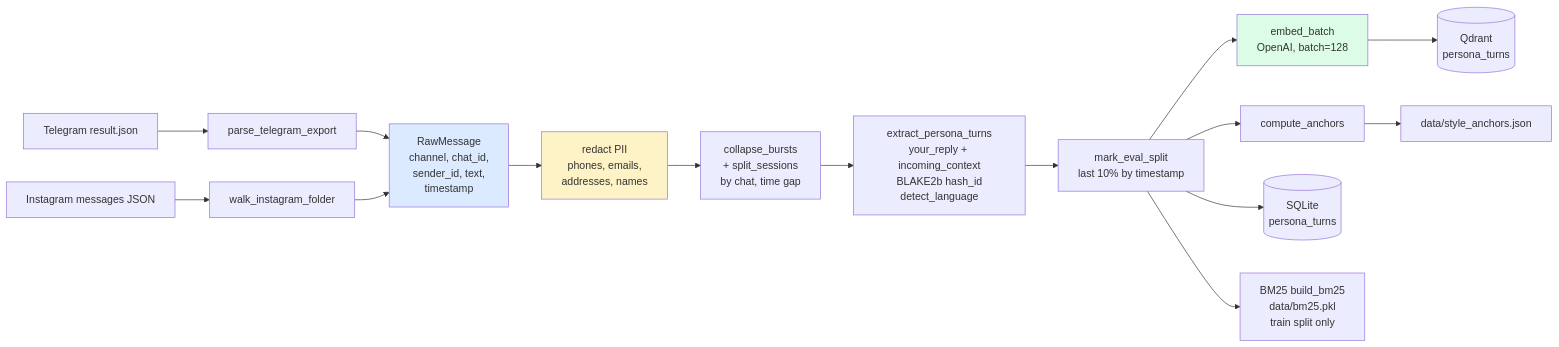
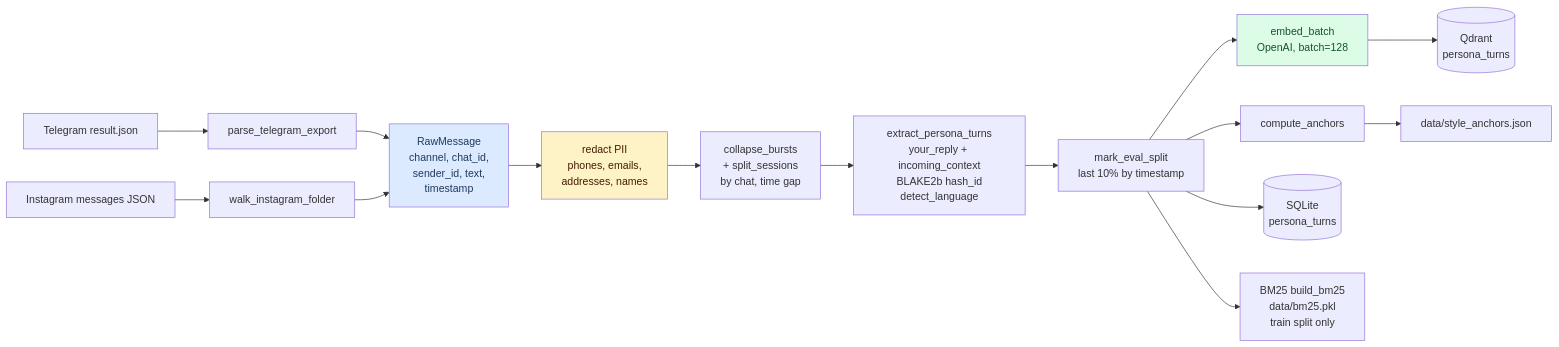
One commit to BohdanChuprynka/Persona-RAG changed the diagram in docs/DATA-PIPELINE.md. Above: the diagram before and after it, drawn with Mermaid. The commit also changed 13 other files, not shown here.

First line of the commit message:
docs(diagrams): overhaul Mermaid diagrams + fix dark-theme readability

````diff
--- a/docs/DATA-PIPELINE.md
+++ b/docs/DATA-PIPELINE.md
@@ -40,25 +40,25 @@
 ```mermaid
 flowchart LR
-    A1[Telegram result.json] --> P1[parse_telegram_export]
-    A2[Instagram messages JSON] --> P2[walk_instagram_folder]
+    A1["Telegram result.json"] --> P1["parse_telegram_export"]
+    A2["Instagram messages JSON"] --> P2["walk_instagram_folder"]
 
-    P1 --> N[RawMessage<br/>channel, chat_id,<br/>sender_id, text,<br/>timestamp]
+    P1 --> N["RawMessage<br/>channel, chat_id,<br/>sender_id, text,<br/>timestamp"]
     P2 --> N
 
-    N --> R[redact PII<br/>phones, emails,<br/>addresses, names]
-    R --> C[collapse_bursts<br/>+ split_sessions<br/>by chat, time gap]
-    C --> T[extract_persona_turns<br/>your_reply + incoming_context<br/>BLAKE2b hash_id<br/>detect_language]
-    T --> M[mark_eval_split<br/>last 10% by timestamp]
+    N --> R["redact PII<br/>phones, emails,<br/>addresses, names"]
+    R --> C["collapse_bursts<br/>+ split_sessions<br/>by chat, time gap"]
+    C --> T["extract_persona_turns<br/>your_reply + incoming_context<br/>BLAKE2b hash_id<br/>detect_language"]
+    T --> M["mark_eval_split<br/>last 10% by timestamp"]
 
-    M --> E[embed_batch<br/>OpenAI, batch=128]
-    M --> ST[compute_anchors]
-    M --> DB[(SQLite<br/>persona_turns)]
-    M --> BM[BM25 build_bm25<br/>data/bm25.pkl<br/>train split only]
+    M --> E["embed_batch<br/>OpenAI, batch=128"]
+    M --> ST["compute_anchors"]
+    M --> DB[("SQLite<br/>persona_turns")]
+    M --> BM["BM25 build_bm25<br/>data/bm25.pkl<br/>train split only"]
 
-    E --> Q[(Qdrant<br/>persona_turns)]
-    ST --> SA[data/style_anchors.json]
+    E --> Q[("Qdrant<br/>persona_turns")]
+    ST --> SA["data/style_anchors.json"]
 
-    style N fill:#dbeafe
-    style R fill:#fef3c7
-    style E fill:#dcfce7
+    style N fill:#dbeafe,color:#1e3a5f
+    style R fill:#fef3c7,color:#451a03
+    style E fill:#dcfce7,color:#14532d
 ```
````
